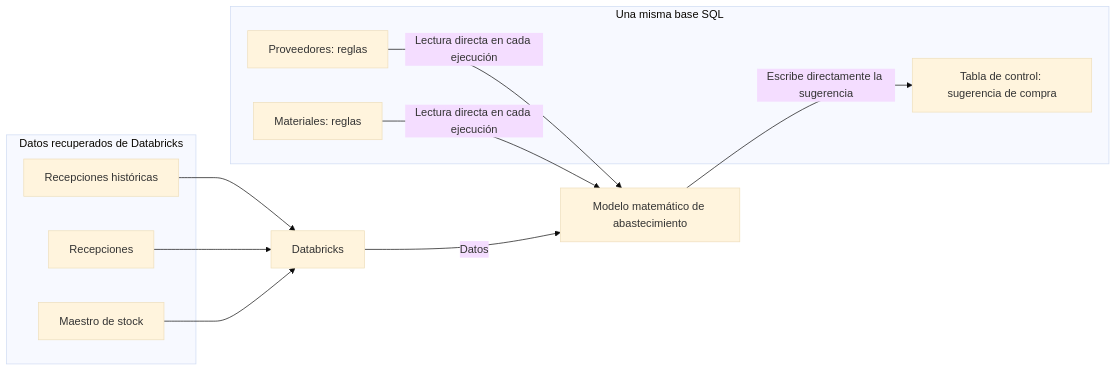
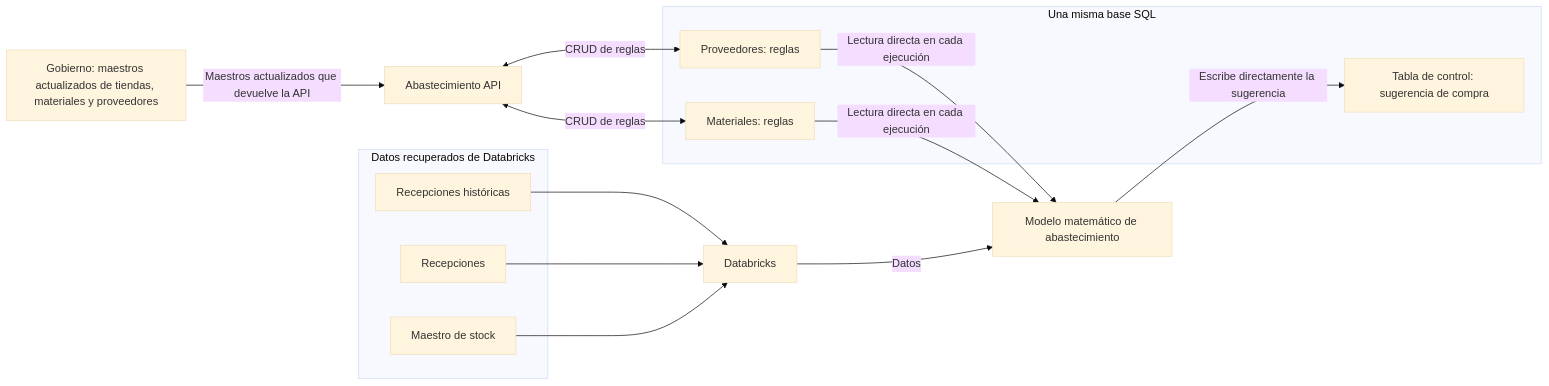
The second of 3 diagrams in diagrams/abastecimiento-actual.md (eblasiAndreani/workspace-operativo), drawn with Mermaid (base theme) before and after one commit. The commit also changed other lines of this file and 4 other files, not shown here.

Commit message:
Document API rule CRUD and Gobierno masters

````diff
--- a/diagrams/abastecimiento-actual.md
+++ b/diagrams/abastecimiento-actual.md
@@ -46,23 +48,28 @@
 ```mermaid
 flowchart LR
     subgraph DATABRICKS[Datos recuperados de Databricks]
         RH[Recepciones históricas]
         RE[Recepciones]
         ST[Maestro de stock]
     end
     DB[Databricks]
     MOD[Modelo matemático de abastecimiento]
     subgraph SQL[Una misma base SQL]
         PR[Proveedores: reglas]
         MA[Materiales: reglas]
         CTRL[Tabla de control: sugerencia de compra]
     end
 
     RH --> DB
     RE --> DB
     ST --> DB
     DB -->|Datos| MOD
     PR -->|Lectura directa en cada ejecución| MOD
     MA -->|Lectura directa en cada ejecución| MOD
     MOD -->|Escribe directamente la sugerencia| CTRL
+    ABA[Abastecimiento API]
+    GOB[Gobierno: maestros actualizados de tiendas, materiales y proveedores]
+    ABA <-->|CRUD de reglas| PR
+    ABA <-->|CRUD de reglas| MA
+    GOB -->|Maestros actualizados que devuelve la API| ABA
 ```
````
